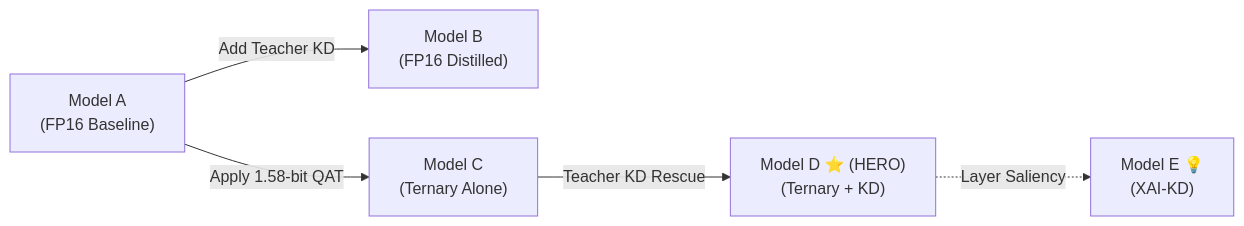
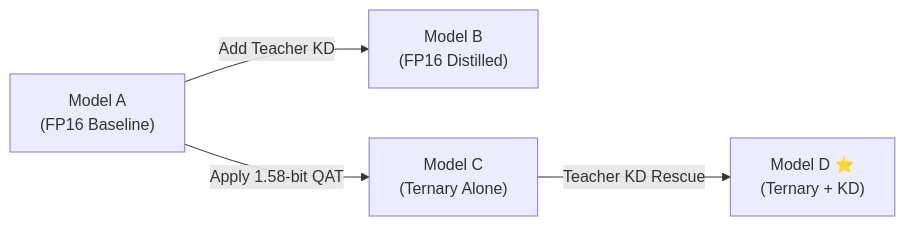
Before and after one commit to Mayank-Rana1/llm_quantization: the second of 2 diagrams in README.md, drawn with Mermaid. The commit also changed other lines of this file and 5 other files, not shown here.

````diff
--- a/README.md
+++ b/README.md
@@ -52,7 +67,6 @@
 ```mermaid
 graph LR
     A["Model A<br>(FP16 Baseline)"] -->|"Add Teacher KD"| B["Model B<br>(FP16 Distilled)"]
     A -->|"Apply 1.58-bit QAT"| C["Model C<br>(Ternary Alone)"]
-    C -->|"Teacher KD Rescue"| D["Model D ⭐ (HERO)<br>(Ternary + KD)"]
-    D -.->|"Layer Saliency"| E["Model E 💡<br>(XAI-KD)"]
+    C -->|"Teacher KD Rescue"| D["Model D ⭐<br>(Ternary + KD)"]
 ```
````
